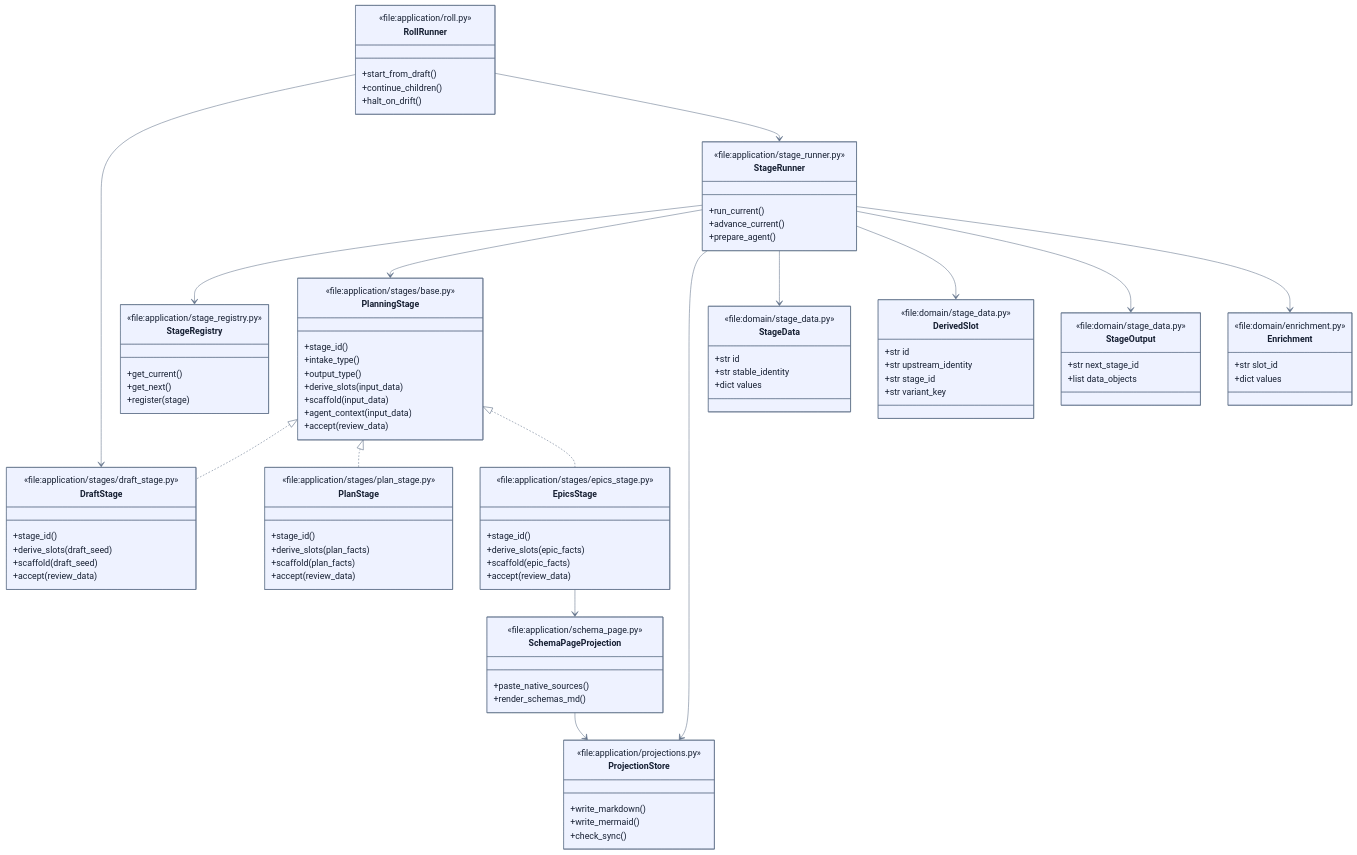
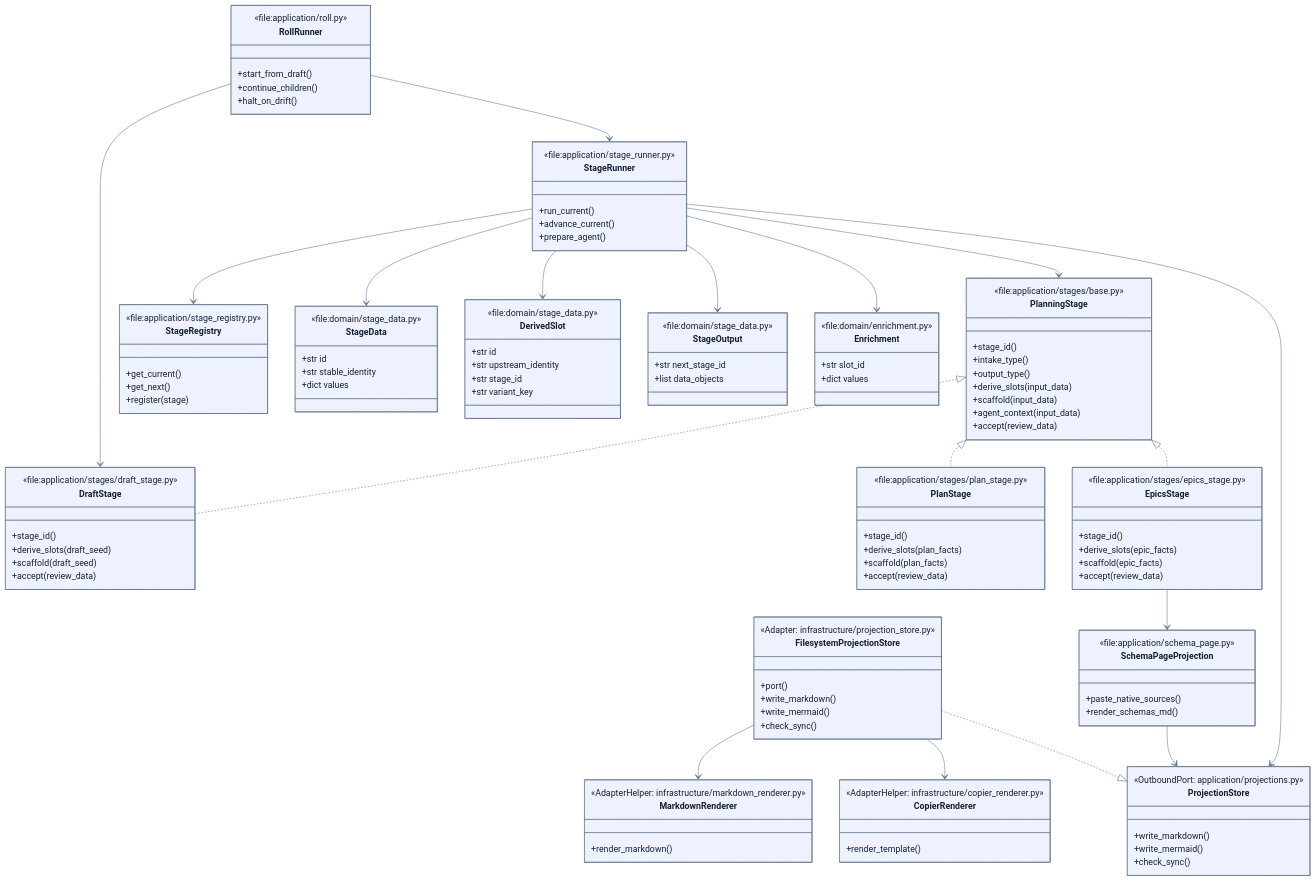
The second of 3 diagrams in .enclosure/plans/planning-workflow/epics/projected-documents/SCHEMAS.md (9orky/enclosure), drawn with Mermaid before and after one commit. The commit also changed other lines of this file and 19 other files, not shown here.

````diff
--- a/.enclosure/plans/planning-workflow/epics/projected-documents/SCHEMAS.md
+++ b/.enclosure/plans/planning-workflow/epics/projected-documents/SCHEMAS.md
@@ -156,10 +170,28 @@
     }
 
     class ProjectionStore {
-      <<file:application/projections.py>>
+      <<OutboundPort: application/projections.py>>
       +write_markdown()
       +write_mermaid()
       +check_sync()
+    }
+
+    class FilesystemProjectionStore {
+      <<Adapter: infrastructure/projection_store.py>>
+      +port()
+      +write_markdown()
+      +write_mermaid()
+      +check_sync()
+    }
+
+    class MarkdownRenderer {
+      <<AdapterHelper: infrastructure/markdown_renderer.py>>
+      +render_markdown()
+    }
+
+    class CopierRenderer {
+      <<AdapterHelper: infrastructure/copier_renderer.py>>
+      +render_template()
     }
 
     class SchemaPageProjection {
@@ -210,4 +242,7 @@
     RollRunner --> StageRunner
     SchemaPageProjection --> ProjectionStore
     EpicsStage --> SchemaPageProjection
+    FilesystemProjectionStore ..|> ProjectionStore
+    FilesystemProjectionStore --> MarkdownRenderer
+    FilesystemProjectionStore --> CopierRenderer
 ```
````
